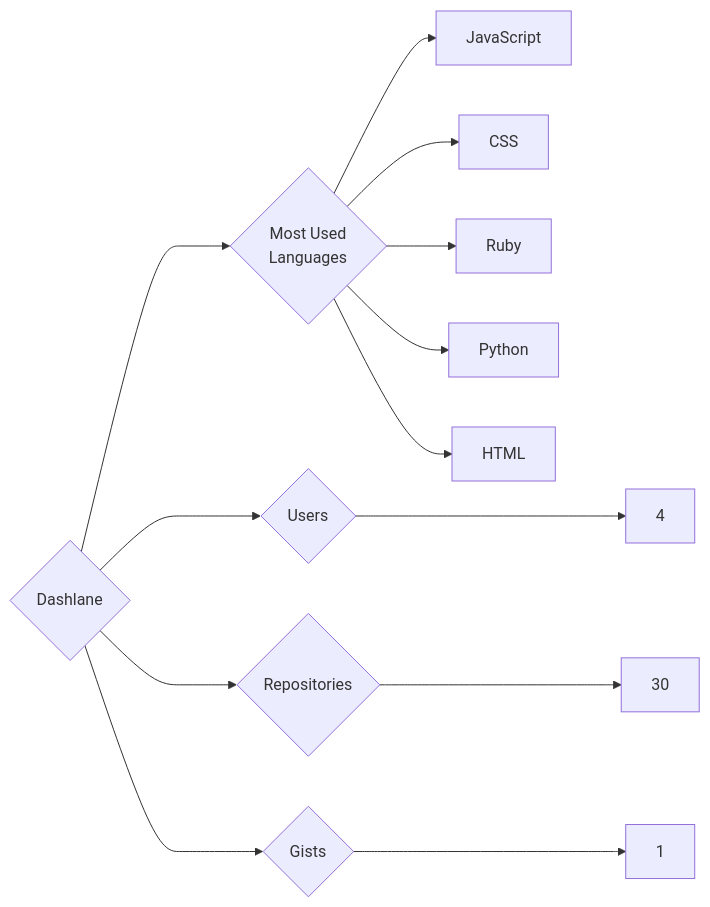
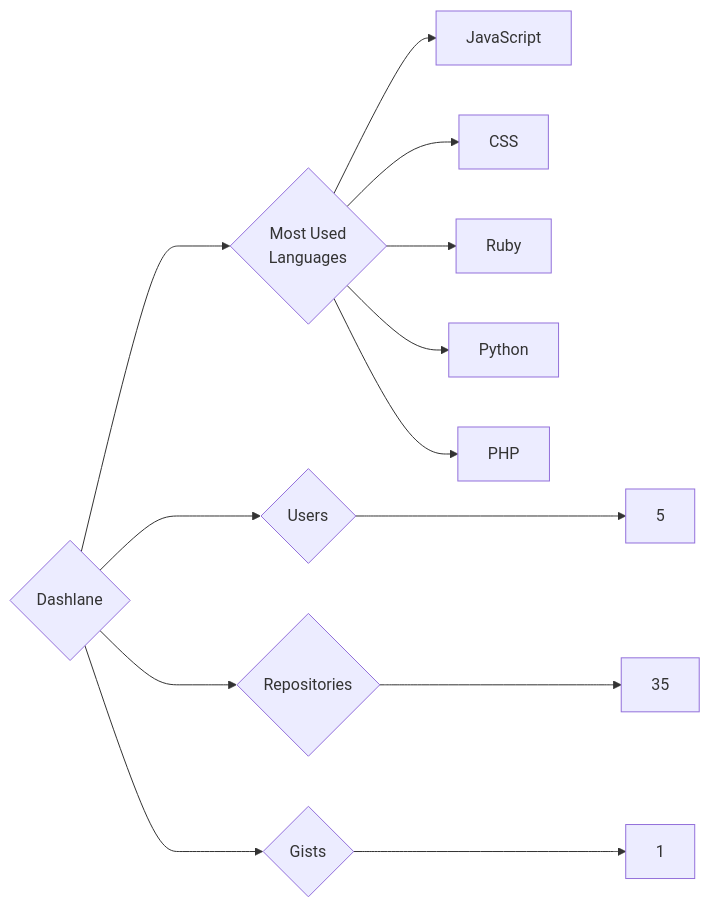
Before and after one commit to trickest/insiders: the diagram in targets/Dashlane/README.md, drawn with Mermaid. The commit also changed 1120 other files, not shown here.

````diff
--- a/targets/Dashlane/README.md
+++ b/targets/Dashlane/README.md
@@ -3,13 +3,13 @@
 ```mermaid
 graph LR
 COMPANY_NAME{Dashlane}
-COMPANY_NAME ---> U{Users} ---> UN[4]
-COMPANY_NAME ---> R{Repositories} ---> RN[30]
+COMPANY_NAME ---> U{Users} ---> UN[5]
+COMPANY_NAME ---> R{Repositories} ---> RN[35]
 COMPANY_NAME ---> G{Gists} ---> GN[1]
 COMPANY_NAME ---> ML{Most Used<br>Languages}
 ML --> JavaScript[JavaScript]
 ML --> CSS[CSS]
 ML --> Ruby[Ruby]
 ML --> Python[Python]
-ML --> HTML[HTML]
+ML --> PHP[PHP]
 ```
````
